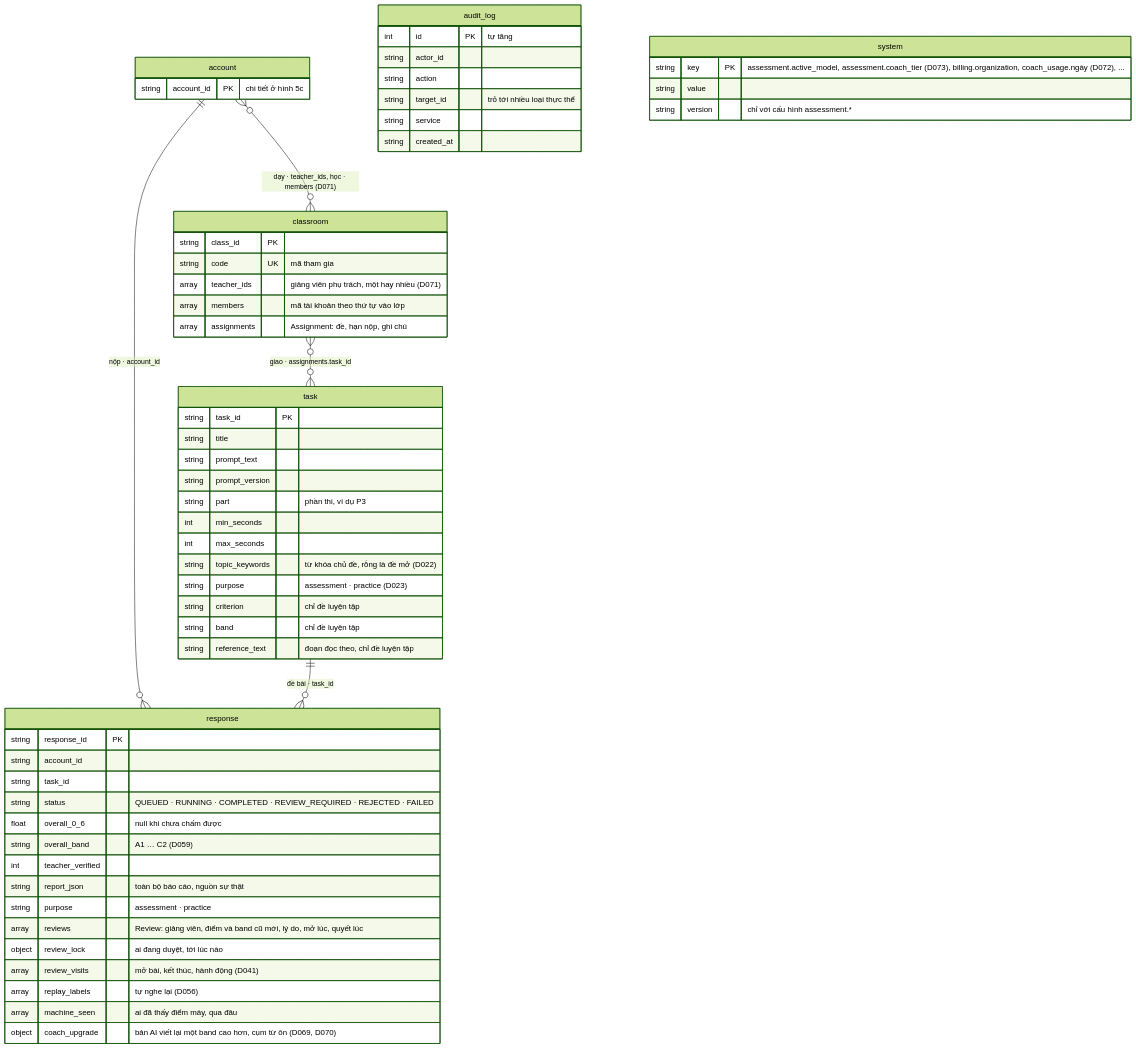
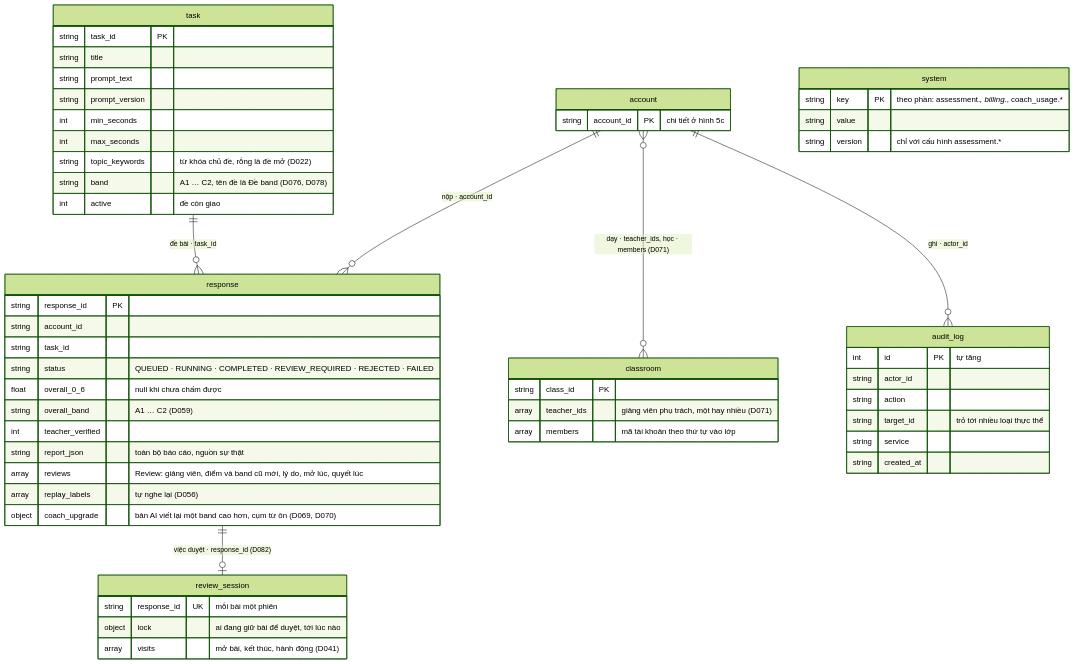
The sixth of 11 diagrams in docs/sdd/SDD.md (ThanhSangLouis/ai-assessor-cefr), drawn with Mermaid (forest theme) before and after one commit. The commit also changed other lines of this file and 90 other files, not shown here.

First line of the commit message:
D081..D085: gỡ mã khôi phục, ReviewSession, gỡ bài luyện D023, Order + Payment, LessonPath.builtIn (#111)

````diff
--- a/docs/sdd/SDD.md
+++ b/docs/sdd/SDD.md
@@ -986,72 +986,70 @@
 ```mermaid
 %% SDD - Diagram 05: ERD - phan cham diem va van hanh (MongoDB, database core)
 %% Sau D060 moi aggregate root cua so do lop la mot collection; phan hop thanh
 %% nam trong document cua goc, ghi bang truong kieu mang. Tach ba hinh cho ty le
-%% in A4: hinh 5c ve dinh danh, hinh 5d ve cham mu va thuc nghiem.
+%% in A4: hinh 5c ve dinh danh; viec duyet tach thanh review_session (D082).
 %% Duong lien: tham chieu do ma giu (MongoDB khong ep khoa ngoai).
 erDiagram
     account ||--o{ response : "nộp · account_id"
     task ||--o{ response : "đề bài · task_id"
+    response ||--o| review_session : "việc duyệt · response_id (D082)"
     account }o--o{ classroom : "dạy · teacher_ids, học · members (D071)"
-    classroom }o--o{ task : "giao · assignments.task_id"
+    account ||--o{ audit_log : "ghi · actor_id"
 
     account {
         string account_id PK "chi tiết ở hình 5c"
     }
 
     task {
         string task_id PK
         string title
         string prompt_text
         string prompt_version
-        string part "phần thi, ví dụ P3"
         int min_seconds
         int max_seconds
         string topic_keywords "từ khóa chủ đề, rỗng là đề mở (D022)"
-        string purpose "assessment · practice (D023)"
-        string criterion "chỉ đề luyện tập"
-        string band "chỉ đề luyện tập"
-        string reference_text "đoạn đọc theo, chỉ đề luyện tập"
+        string band "A1 … C2, tên đề là Đề band (D076, D078)"
+        int active "đề còn giao"
     }
 
     response {
         string response_id PK
         string account_id
         string task_id
         string status "QUEUED · RUNNING · COMPLETED · REVIEW_REQUIRED · REJECTED · FAILED"
         float overall_0_6 "null khi chưa chấm được"
         string overall_band "A1 … C2 (D059)"
         int teacher_verified
         string report_json "toàn bộ báo cáo, nguồn sự thật"
-        string purpose "assessment · practice"
         array reviews "Review: giảng viên, điểm và band cũ mới, lý do, mở lúc, quyết lúc"
-        object review_lock "ai đang duyệt, tới lúc nào"
-        array review_visits "mở bài, kết thúc, hành động (D041)"
         array replay_labels "tự nghe lại (D056)"
-        array machine_seen "ai đã thấy điểm máy, qua đâu"
         object coach_upgrade "bản AI viết lại một band cao hơn, cụm từ ôn (D069, D070)"
+    }
+
+    review_session {
+        string response_id UK "mỗi bài một phiên"
+        object lock "ai đang giữ bài để duyệt, tới lúc nào"
+        array visits "mở bài, kết thúc, hành động (D041)"
     }
 
     classroom {
         string class_id PK
-        string code UK "mã tham gia"
         array teacher_ids "giảng viên phụ trách, một hay nhiều (D071)"
         array members "mã tài khoản theo thứ tự vào lớp"
-        array assignments "Assignment: đề, hạn nộp, ghi chú"
     }
 
     audit_log {
         int id PK "tự tăng"
         string actor_id
         string action
         string target_id "trỏ tới nhiều loại thực thể"
         string service
         string created_at
     }
 
     system {
-        string key PK "assessment.active_model, assessment.coach_tier (D073), billing.organization, coach_usage.ngày (D072), ..."
+        string key PK "theo phần: assessment.*, billing.*, coach_usage.*"
         string value
         string version "chỉ với cấu hình assessment.*"
     }
 ```
````
